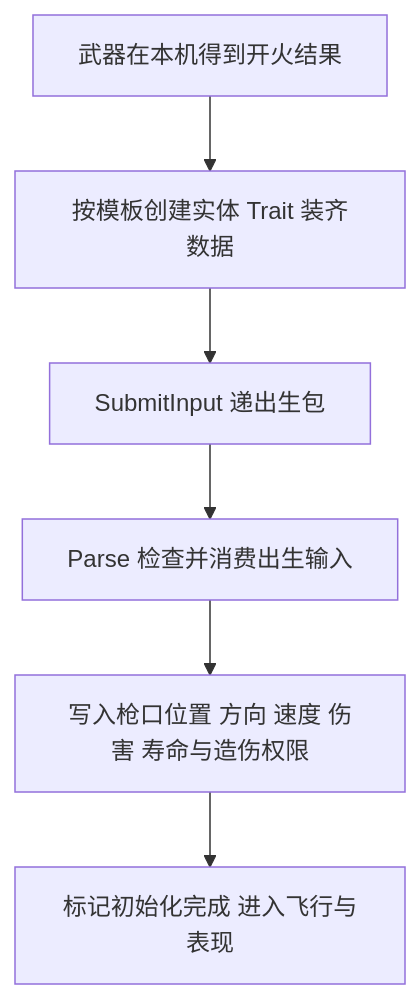
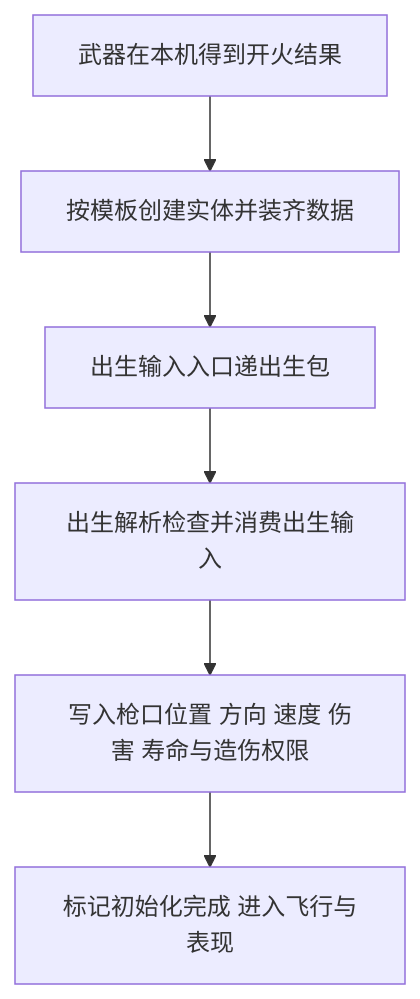
Before and after one commit to bunkerboy258/UBBBNexus: the second of 3 diagrams in Mass/Instance/Projectile/Law.md, drawn with Mermaid. The commit also changed other lines of this file and 1 other file, not shown here.

Commit message:
Map monster and projectile directories to plain Chinese architecture terms

````diff
--- a/Mass/Instance/Projectile/Law.md
+++ b/Mass/Instance/Projectile/Law.md
@@ -33,8 +56,8 @@
 ```mermaid
 flowchart TD
-    A["武器在本机得到开火结果"] --> B["按模板创建实体 Trait 装齐数据"]
-    B --> C["SubmitInput 递出生包"]
-    C --> D["Parse 检查并消费出生输入"]
-    D --> E["写入枪口位置 方向 速度 伤害 寿命与造伤权限"]
-    E --> F["标记初始化完成 进入飞行与表现"]
+    开火结果["武器在本机得到开火结果"] --> 模板装配["按模板创建实体并装齐数据"]
+    模板装配 --> 出生输入["出生输入入口递出生包"]
+    出生输入 --> 出生解析["出生解析检查并消费出生输入"]
+    出生解析 --> 初值写入["写入枪口位置 方向 速度 伤害 寿命与造伤权限"]
+    初值写入 --> 运行准备["标记初始化完成 进入飞行与表现"]
 ```
````
